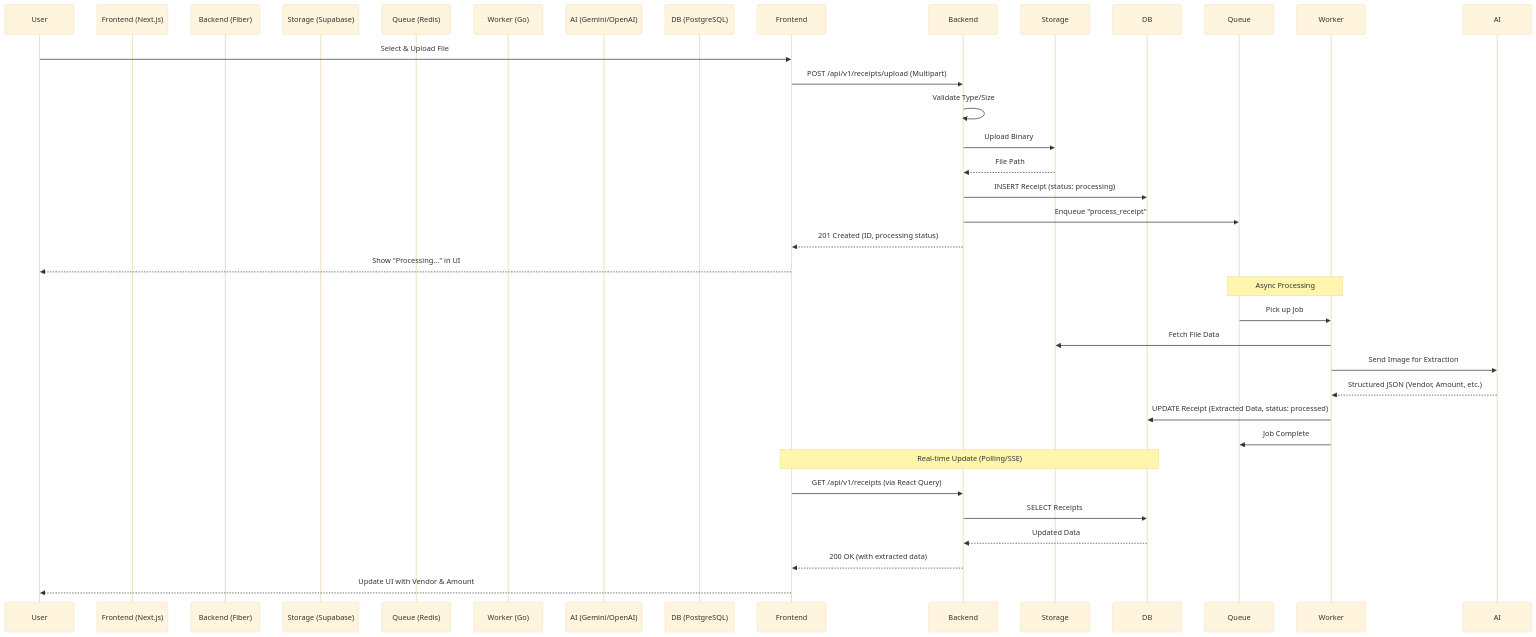
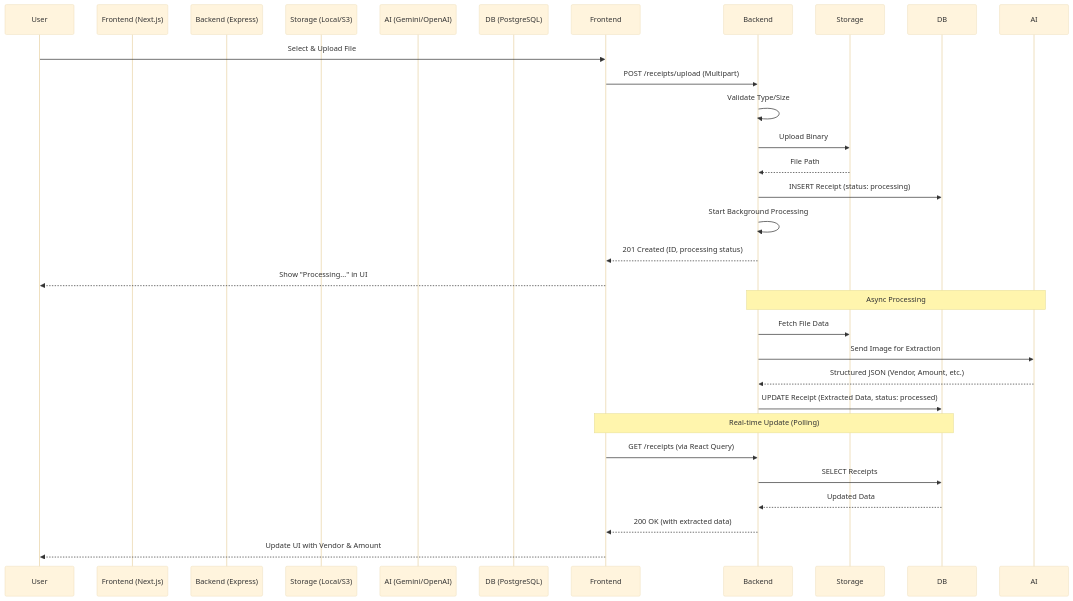
One commit to dushyant4665/receiptmind changed the diagram in docs/FLOW.md. Above: the diagram before and after it, drawn with Mermaid (base theme). The commit also changed other lines of this file and 5 other files, not shown here.

Commit message:
updated prd, trs, srs and flow docs

````diff
--- a/docs/FLOW.md
+++ b/docs/FLOW.md
@@ -9,36 +9,32 @@
 ```mermaid
 sequenceDiagram
     participant User
     participant Frontend (Next.js)
-    participant Backend (Fiber)
-    participant Storage (Supabase)
-    participant Queue (Redis)
-    participant Worker (Go)
+    participant Backend (Express)
+    participant Storage (Local/S3)
     participant AI (Gemini/OpenAI)
     participant DB (PostgreSQL)
 
     User->>Frontend: Select & Upload File
-    Frontend->>Backend: POST /api/v1/receipts/upload (Multipart)
+    Frontend->>Backend: POST /receipts/upload (Multipart)
     Backend->>Backend: Validate Type/Size
     Backend->>Storage: Upload Binary
     Storage-->>Backend: File Path
     Backend->>DB: INSERT Receipt (status: processing)
-    Backend->>Queue: Enqueue "process_receipt"
+    Backend->>Backend: Start Background Processing
     Backend-->>Frontend: 201 Created (ID, processing status)
     Frontend-->>User: Show "Processing..." in UI
 
-    Note over Queue, Worker: Async Processing
-    Queue->>Worker: Pick up Job
-    Worker->>Storage: Fetch File Data
-    Worker->>AI: Send Image for Extraction
-    AI-->>Worker: Structured JSON (Vendor, Amount, etc.)
-    Worker->>DB: UPDATE Receipt (Extracted Data, status: processed)
-    Worker->>Queue: Job Complete
+    Note over Backend, AI: Async Processing
+    Backend->>Storage: Fetch File Data
+    Backend->>AI: Send Image for Extraction
+    AI-->>Backend: Structured JSON (Vendor, Amount, etc.)
+    Backend->>DB: UPDATE Receipt (Extracted Data, status: processed)
 
-    Note over Frontend, DB: Real-time Update (Polling/SSE)
-    Frontend->>Backend: GET /api/v1/receipts (via React Query)
+    Note over Frontend, DB: Real-time Update (Polling)
+    Frontend->>Backend: GET /receipts (via React Query)
     Backend->>DB: SELECT Receipts
     DB-->>Backend: Updated Data
     Backend-->>Frontend: 200 OK (with extracted data)
     Frontend-->>User: Update UI with Vendor & Amount
 ```
````
